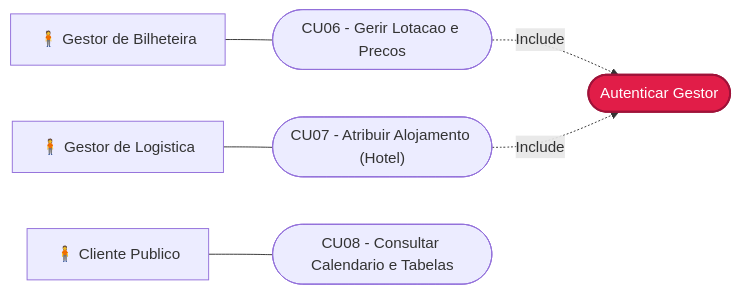
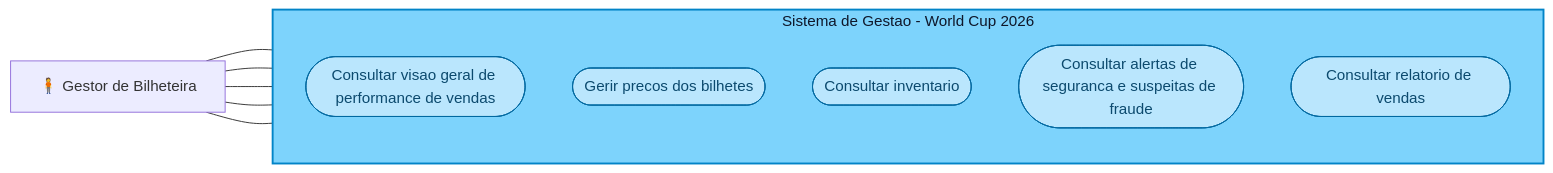
The ninth of 10 diagrams in DIAGRAMA_CASOS_USO.md (experimentos373-creator/ES), drawn with Mermaid before and after one commit. The commit also changed other lines of this file and 1 other file, not shown here.

Commit message:
docs(iconix): atualizar diagramas de casos de uso para fidelidade 100% com imagens oficiais

````diff
--- a/DIAGRAMA_CASOS_USO.md
+++ b/DIAGRAMA_CASOS_USO.md
@@ -199,20 +262,24 @@
 ```mermaid
 flowchart LR
   GBilh["🧍 Gestor de Bilheteira"]
-  GLog["🧍 Gestor de Logistica"]
-  Pub["🧍 Cliente Publico"]
+  subgraph Sistema["Sistema de Gestao - World Cup 2026"]
+    direction TB
+    CU1(["Consultar visao geral de performance de vendas"])
+    CU2(["Gerir precos dos bilhetes"])
+    CU3(["Consultar inventario"])
+    CU4(["Consultar alertas de seguranca e suspeitas de fraude"])
+    CU5(["Consultar relatorio de vendas"])
+  end
+  GBilh --- CU1
+  GBilh --- CU2
+  GBilh --- CU3
+  GBilh --- CU4
+  GBilh --- CU5
 
-  Login(["Autenticar Gestor"])
-  CU06(["CU06 - Gerir Lotacao e Precos"])
-  CU07(["CU07 - Atribuir Alojamento (Hotel)"])
-  CU08(["CU08 - Consultar Calendario e Tabelas"])
-
-  GBilh --- CU06
-  GLog --- CU07
-  Pub --- CU08
-
-  CU06 -.->|Include| Login
-  CU07 -.->|Include| Login
-
-  style Login fill:#E11D48,stroke:#9F1239,color:#ffffff,stroke-width:2px
+  style Sistema fill:#7DD3FC,stroke:#0284C7,stroke-width:2px,color:#0f172a
+  style CU1 fill:#BAE6FD,stroke:#0369A1,color:#0c4a6e,stroke-width:1px
+  style CU2 fill:#BAE6FD,stroke:#0369A1,color:#0c4a6e,stroke-width:1px
+  style CU3 fill:#BAE6FD,stroke:#0369A1,color:#0c4a6e,stroke-width:1px
+  style CU4 fill:#BAE6FD,stroke:#0369A1,color:#0c4a6e,stroke-width:1px
+  style CU5 fill:#BAE6FD,stroke:#0369A1,color:#0c4a6e,stroke-width:1px
 ```
````
